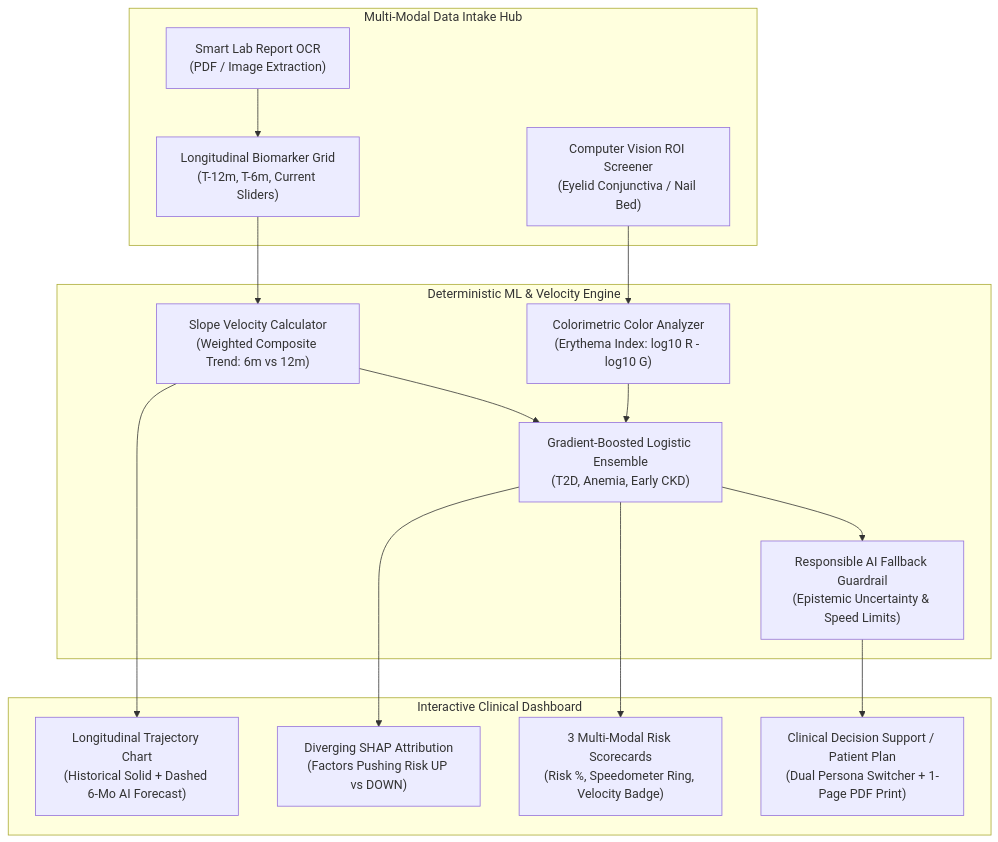
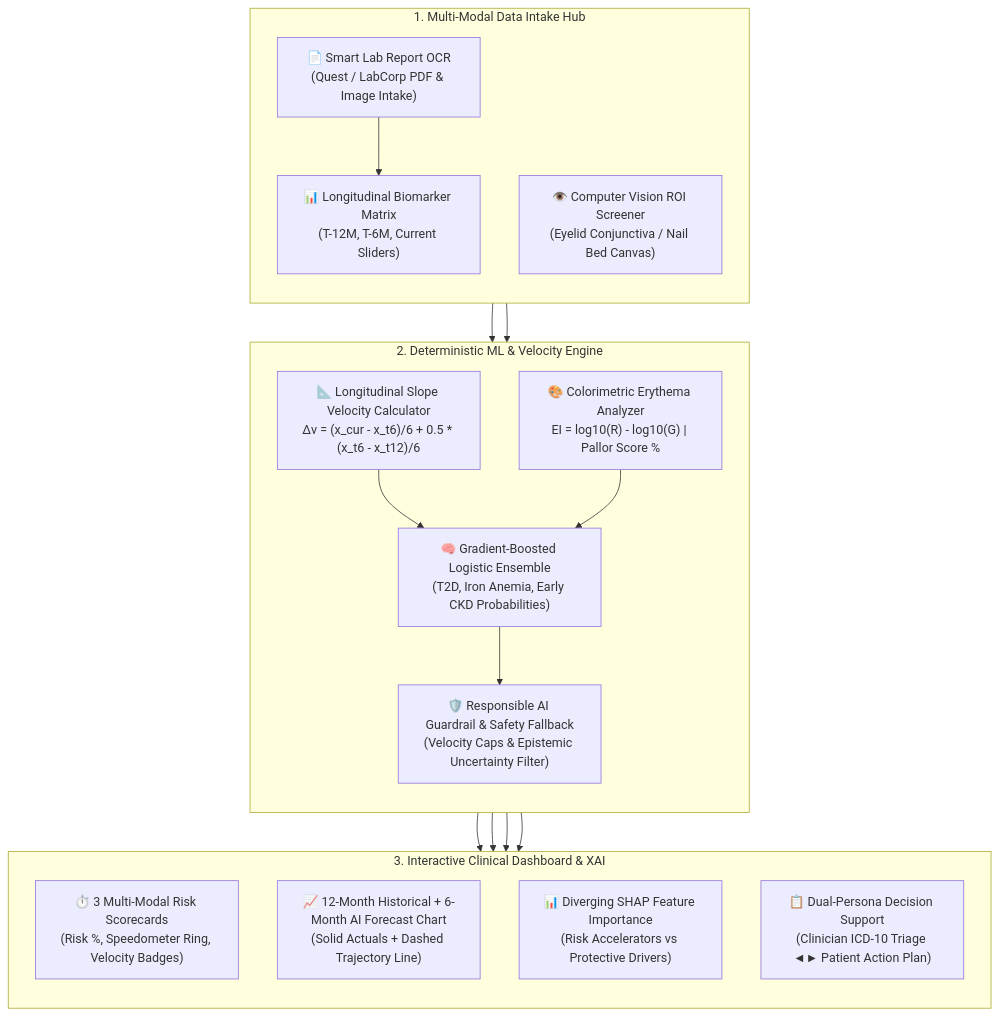
Before and after one commit to abvpr2008/prompt-wars: the diagram in README.md, drawn with Mermaid. The commit also changed other lines of this file and 1 other file, not shown here.

````diff
--- a/README.md
+++ b/README.md
@@ -21,33 +197,36 @@
 ```mermaid
 flowchart TD
-    subgraph Intake["Multi-Modal Data Intake Hub"]
-        A1["Smart Lab Report OCR\n(PDF / Image Extraction)"]
-        A2["Longitudinal Biomarker Grid\n(T-12m, T-6m, Current Sliders)"]
-        A3["Computer Vision ROI Screener\n(Eyelid Conjunctiva / Nail Bed)"]
+    subgraph INTAKE["1. Multi-Modal Data Intake Hub"]
+        direction TB
+        A1["📄 Smart Lab Report OCR\n(Quest / LabCorp PDF & Image Intake)"]
+        A2["📊 Longitudinal Biomarker Matrix\n(T-12M, T-6M, Current Sliders)"]
+        A3["👁️ Computer Vision ROI Screener\n(Eyelid Conjunctiva / Nail Bed Canvas)"]
     end
 
-    subgraph Engine["Deterministic ML & Velocity Engine"]
-        B1["Slope Velocity Calculator\n(Weighted Composite Trend: 6m vs 12m)"]
-        B2["Colorimetric Color Analyzer\n(Erythema Index: log10 R - log10 G)"]
-        B3["Gradient-Boosted Logistic Ensemble\n(T2D, Anemia, Early CKD)"]
-        B4["Responsible AI Fallback Guardrail\n(Epistemic Uncertainty & Speed Limits)"]
+    subgraph ENGINE["2. Deterministic ML & Velocity Engine"]
+        direction TB
+        B1["📐 Longitudinal Slope Velocity Calculator\nΔv = (x_cur - x_t6)/6 + 0.5 * (x_t6 - x_t12)/6"]
+        B2["🎨 Colorimetric Erythema Analyzer\nEI = log10(R) - log10(G) | Pallor Score %"]
+        B3["🧠 Gradient-Boosted Logistic Ensemble\n(T2D, Iron Anemia, Early CKD Probabilities)"]
+        B4["🛡️ Responsible AI Guardrail & Safety Fallback\n(Velocity Caps & Epistemic Uncertainty Filter)"]
     end
 
-    subgraph Visuals["Interactive Clinical Dashboard"]
-        C1["3 Multi-Modal Risk Scorecards\n(Risk %, Speedometer Ring, Velocity Badge)"]
-        C2["Longitudinal Trajectory Chart\n(Historical Solid + Dashed 6-Mo AI Forecast)"]
-        C3["Diverging SHAP Attribution\n(Factors Pushing Risk UP vs DOWN)"]
-        C4["Clinical Decision Support / Patient Plan\n(Dual Persona Switcher + 1-Page PDF Print)"]
+    subgraph UI["3. Interactive Clinical Dashboard & XAI"]
+        direction TB
+        C1["⏱️ 3 Multi-Modal Risk Scorecards\n(Risk %, Speedometer Ring, Velocity Badges)"]
+        C2["📈 12-Month Historical + 6-Month AI Forecast Chart\n(Solid Actuals + Dashed Trajectory Line)"]
+        C3["📊 Diverging SHAP Feature Importance\n(Risk Accelerators vs Protective Drivers)"]
+        C4["📋 Dual-Persona Decision Support\n(Clinician ICD-10 Triage ◄► Patient Action Plan)"]
     end
 
     A1 --> A2
     A2 --> B1
     A3 --> B2
     B1 --> B3
     B2 --> B3
     B3 --> B4
-    B3 --> C1
+    B4 --> C1
     B1 --> C2
     B3 --> C3
     B4 --> C4
 ```
````
